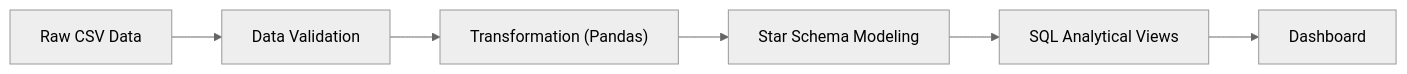
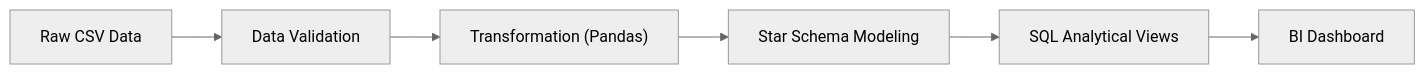
One commit to Chu-Thana/vendor-payments-etl-analytics changed the diagram in README.md. Above: the diagram before and after it, drawn with Mermaid (neutral theme). The commit also changed other lines of this file, not shown here.

````diff
--- a/README.md
+++ b/README.md
@@ -55,12 +67,12 @@
 ```mermaid
 flowchart LR
 
 Raw["Raw CSV Data"]
 Validate["Data Validation"]
 Transform["Transformation (Pandas)"]
 Model["Star Schema Modeling"]
-Views["SQL Analytical Views"]
-BI["Dashboard"]
+SQL["SQL Analytical Views"]
+BI["BI Dashboard"]
 
-Raw --> Validate --> Transform --> Model --> Views --> BI
+Raw --> Validate --> Transform --> Model --> SQL --> BI
 ```
````
